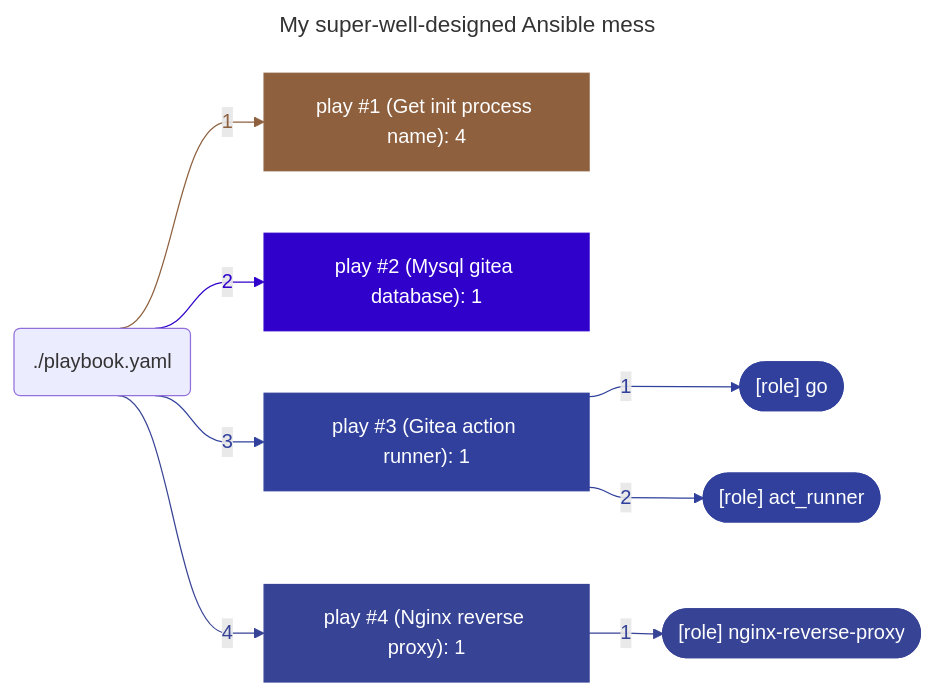
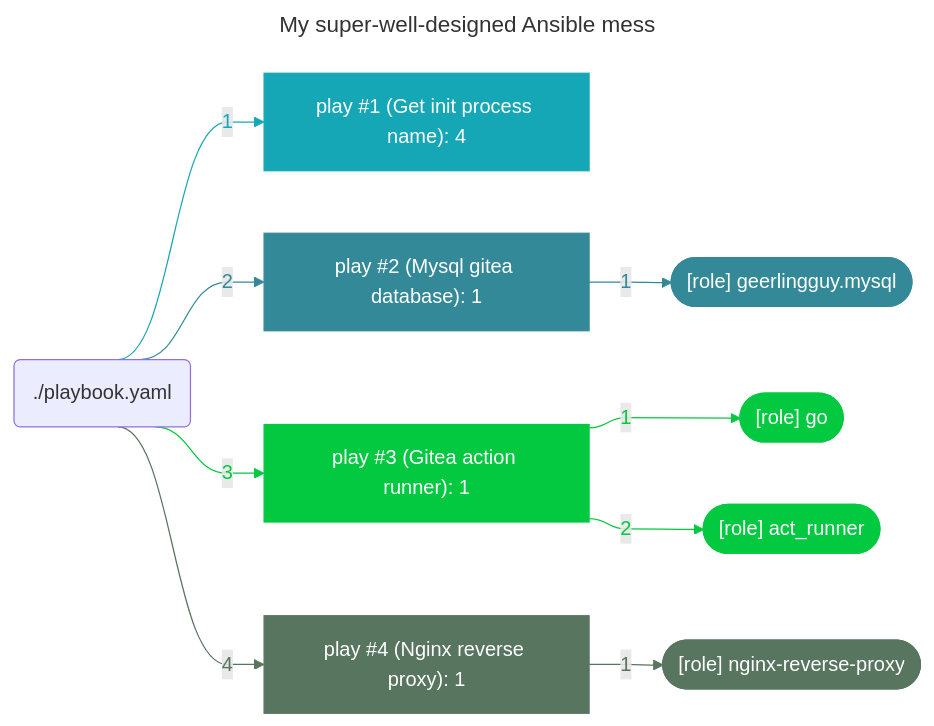
The diagram in README.md (boyreau/boyreau), drawn with Mermaid before and after one commit.

Commit message:
profile graph automatic update

````diff
--- a/README.md
+++ b/README.md
@@ -48,53 +48,59 @@
 ```mermaid
 ---
 title: "My super-well-designed Ansible mess"
 ---
 %%{ init: { "flowchart": { "curve": "bumpX" } } }%%
 flowchart LR
 	%% Start of the playbook './playbook.yaml'
-	playbook_79ead005("./playbook.yaml")
+	playbook_90361684("./playbook.yaml")
 		%% Start of the play 'play #1 (Get init process name): 4'
-		play_6c311acf["play #1 (Get init process name): 4"]
-		style play_6c311acf stroke:#8e603e,fill:#8e603e,color:#ffffff
-		playbook_79ead005 --> |"1"| play_6c311acf
-		linkStyle 0 stroke:#8e603e,color:#8e603e
+		play_d88f6aa0["play #1 (Get init process name): 4"]
+		style play_d88f6aa0 stroke:#16a7b6,fill:#16a7b6,color:#ffffff
+		playbook_90361684 --> |"1"| play_d88f6aa0
+		linkStyle 0 stroke:#16a7b6,color:#16a7b6
 		%% End of the play 'play #1 (Get init process name): 4'
 		%% Start of the play 'play #2 (Mysql gitea database): 1'
-		play_8fe9a748["play #2 (Mysql gitea database): 1"]
-		style play_8fe9a748 stroke:#3001cb,fill:#3001cb,color:#ffffff
-		playbook_79ead005 --> |"2"| play_8fe9a748
-		linkStyle 1 stroke:#3001cb,color:#3001cb
+		play_80ffd5fb["play #2 (Mysql gitea database): 1"]
+		style play_80ffd5fb stroke:#348998,fill:#348998,color:#ffffff
+		playbook_90361684 --> |"2"| play_80ffd5fb
+		linkStyle 1 stroke:#348998,color:#348998
+			%% Start of the role '[role] geerlingguy.mysql'
+			play_80ffd5fb --> |"1 "| role_0b6b4a30
+			linkStyle 2 stroke:#348998,color:#348998
+			role_0b6b4a30(["[role] geerlingguy.mysql"])
+			style role_0b6b4a30 fill:#348998,color:#ffffff,stroke:#348998
+			%% End of the role '[role] geerlingguy.mysql'
 		%% End of the play 'play #2 (Mysql gitea database): 1'
 		%% Start of the play 'play #3 (Gitea action runner): 1'
-		play_aa23e2e9["play #3 (Gitea action runner): 1"]
-		style play_aa23e2e9 stroke:#30409c,fill:#30409c,color:#ffffff
-		playbook_79ead005 --> |"3"| play_aa23e2e9
-		linkStyle 2 stroke:#30409c,color:#30409c
+		play_46cd6bd6["play #3 (Gitea action runner): 1"]
+		style play_46cd6bd6 stroke:#03c940,fill:#03c940,color:#ffffff
+		playbook_90361684 --> |"3"| play_46cd6bd6
+		linkStyle 3 stroke:#03c940,color:#03c940
 			%% Start of the role '[role] go'
-			play_aa23e2e9 --> |"1 "| role_0e88b7f5
-			linkStyle 3 stroke:#30409c,color:#30409c
-			role_0e88b7f5(["[role] go"])
-			style role_0e88b7f5 fill:#30409c,color:#ffffff,stroke:#30409c
+			play_46cd6bd6 --> |"1 "| role_0ff4c388
+			linkStyle 4 stroke:#03c940,color:#03c940
+			role_0ff4c388(["[role] go"])
+			style role_0ff4c388 fill:#03c940,color:#ffffff,stroke:#03c940
 			%% End of the role '[role] go'
 			%% Start of the role '[role] act_runner'
-			play_aa23e2e9 --> |"2 "| role_ee87e923
-			linkStyle 4 stroke:#30409c,color:#30409c
-			role_ee87e923(["[role] act_runner"])
-			style role_ee87e923 fill:#30409c,color:#ffffff,stroke:#30409c
+			play_46cd6bd6 --> |"2 "| role_d20c53b4
+			linkStyle 5 stroke:#03c940,color:#03c940
+			role_d20c53b4(["[role] act_runner"])
+			style role_d20c53b4 fill:#03c940,color:#ffffff,stroke:#03c940
 			%% End of the role '[role] act_runner'
 		%% End of the play 'play #3 (Gitea action runner): 1'
 		%% Start of the play 'play #4 (Nginx reverse proxy): 1'
-		play_6ef56bfe["play #4 (Nginx reverse proxy): 1"]
-		style play_6ef56bfe stroke:#374395,fill:#374395,color:#ffffff
-		playbook_79ead005 --> |"4"| play_6ef56bfe
-		linkStyle 5 stroke:#374395,color:#374395
+		play_c226a73e["play #4 (Nginx reverse proxy): 1"]
+		style play_c226a73e stroke:#57755f,fill:#57755f,color:#ffffff
+		playbook_90361684 --> |"4"| play_c226a73e
+		linkStyle 6 stroke:#57755f,color:#57755f
 			%% Start of the role '[role] nginx-reverse-proxy'
-			play_6ef56bfe --> |"1 "| role_7791370c
-			linkStyle 6 stroke:#374395,color:#374395
-			role_7791370c(["[role] nginx-reverse-proxy"])
-			style role_7791370c fill:#374395,color:#ffffff,stroke:#374395
+			play_c226a73e --> |"1 "| role_765411cd
+			linkStyle 7 stroke:#57755f,color:#57755f
+			role_765411cd(["[role] nginx-reverse-proxy"])
+			style role_765411cd fill:#57755f,color:#ffffff,stroke:#57755f
 			%% End of the role '[role] nginx-reverse-proxy'
 		%% End of the play 'play #4 (Nginx reverse proxy): 1'
 	%% End of the playbook './playbook.yaml'
 
 ```
````
